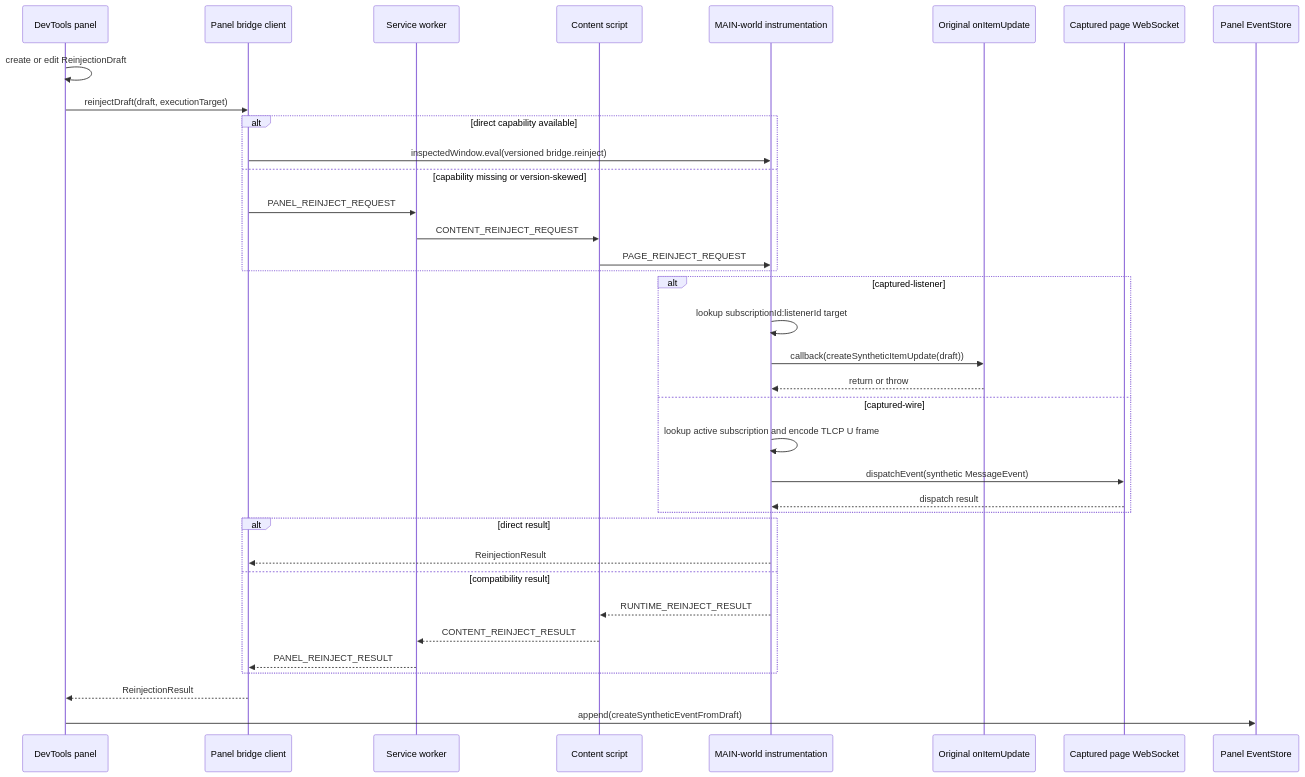
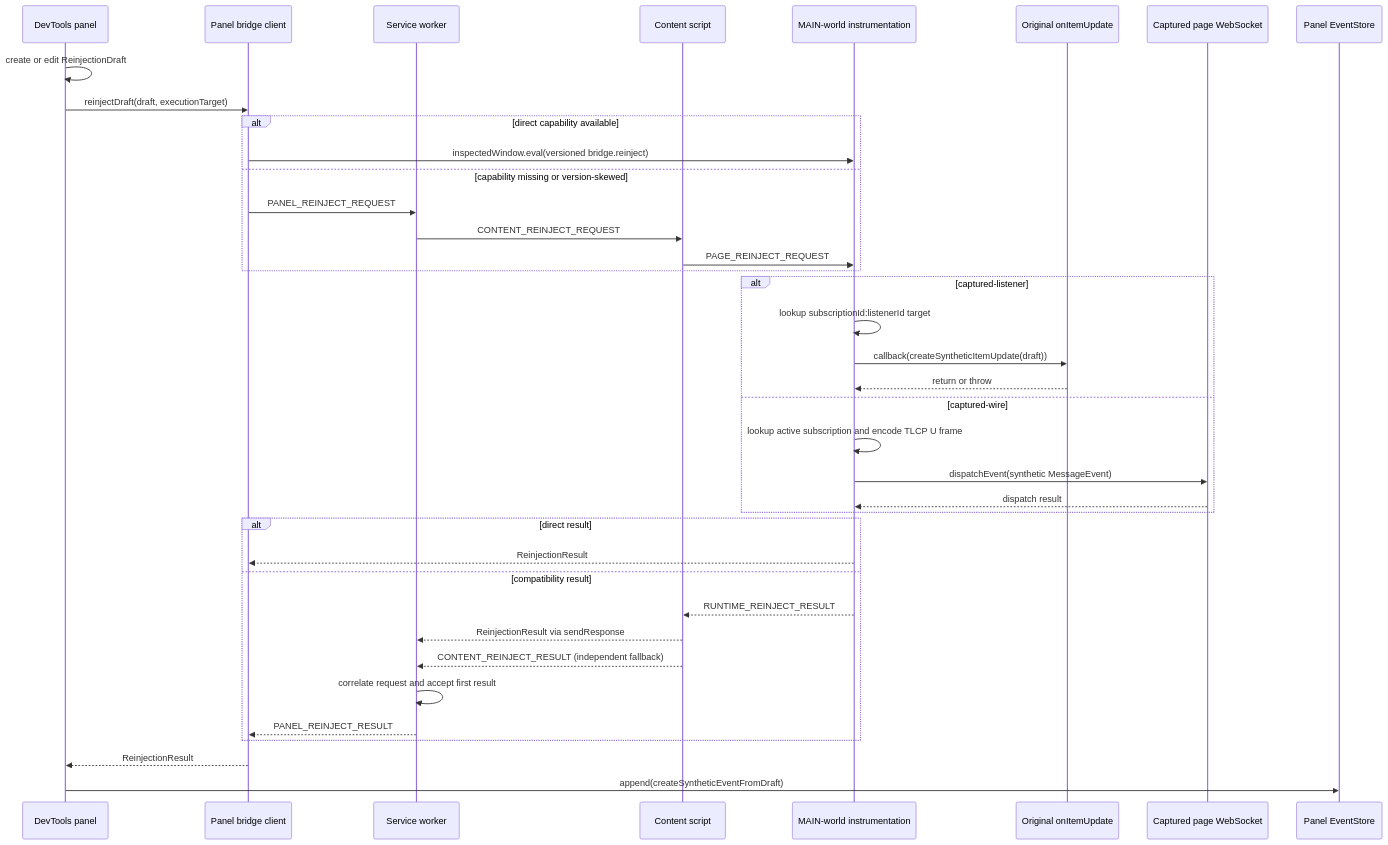
One commit to imom39a/lightstreamer-workbench-extension changed the seventh of 7 diagrams in docs/ARCHITECTURE.md. Above: the diagram before and after it, drawn with Mermaid. The commit also changed other lines of this file and 7 other files, not shown here.

````diff
--- a/docs/ARCHITECTURE.md
+++ b/docs/ARCHITECTURE.md
@@ -650,39 +652,41 @@
 ```mermaid
 sequenceDiagram
   participant UI as DevTools panel
   participant PBC as Panel bridge client
   participant BG as Service worker
   participant CS as Content script
   participant Inj as MAIN-world instrumentation
   participant Listener as Original onItemUpdate
   participant WS as Captured page WebSocket
   participant Store as Panel EventStore
 
   UI->>UI: create or edit ReinjectionDraft
   UI->>PBC: reinjectDraft(draft, executionTarget)
   alt direct capability available
     PBC->>Inj: inspectedWindow.eval(versioned bridge.reinject)
   else capability missing or version-skewed
     PBC->>BG: PANEL_REINJECT_REQUEST
     BG->>CS: CONTENT_REINJECT_REQUEST
     CS->>Inj: PAGE_REINJECT_REQUEST
   end
   alt captured-listener
     Inj->>Inj: lookup subscriptionId:listenerId target
     Inj->>Listener: callback(createSyntheticItemUpdate(draft))
     Listener-->>Inj: return or throw
   else captured-wire
     Inj->>Inj: lookup active subscription and encode TLCP U frame
     Inj->>WS: dispatchEvent(synthetic MessageEvent)
     WS-->>Inj: dispatch result
   end
   alt direct result
     Inj-->>PBC: ReinjectionResult
   else compatibility result
     Inj-->>CS: RUNTIME_REINJECT_RESULT
-    CS-->>BG: CONTENT_REINJECT_RESULT
+    CS-->>BG: ReinjectionResult via sendResponse
+    CS-->>BG: CONTENT_REINJECT_RESULT (independent fallback)
+    BG->>BG: correlate request and accept first result
     BG-->>PBC: PANEL_REINJECT_RESULT
   end
   PBC-->>UI: ReinjectionResult
   UI->>Store: append(createSyntheticEventFromDraft)
 ```
````
